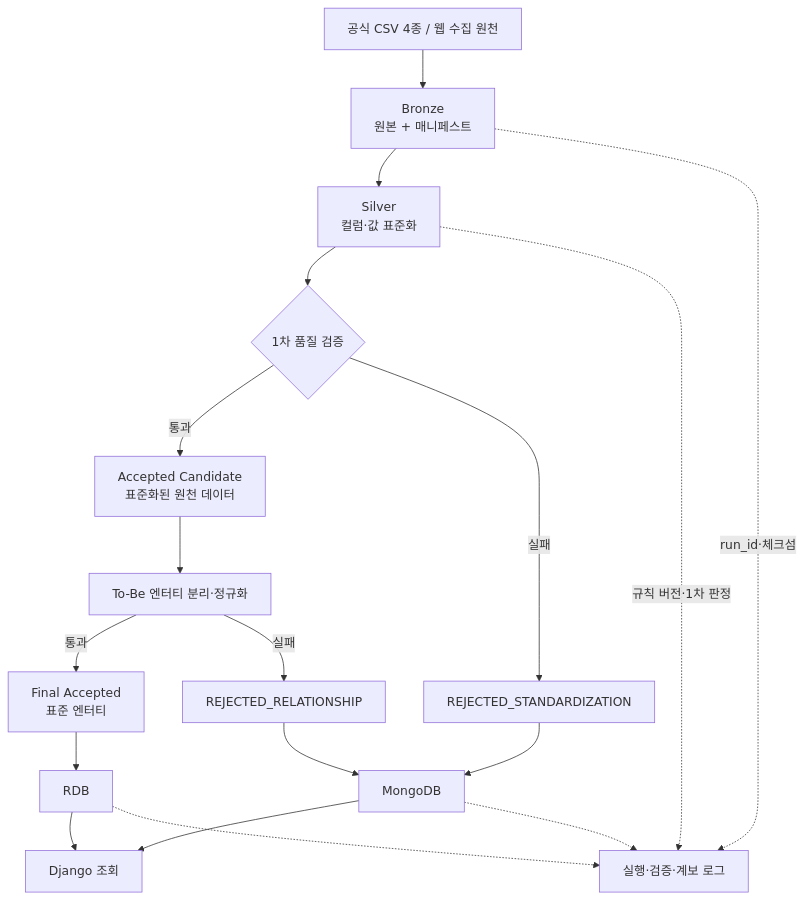
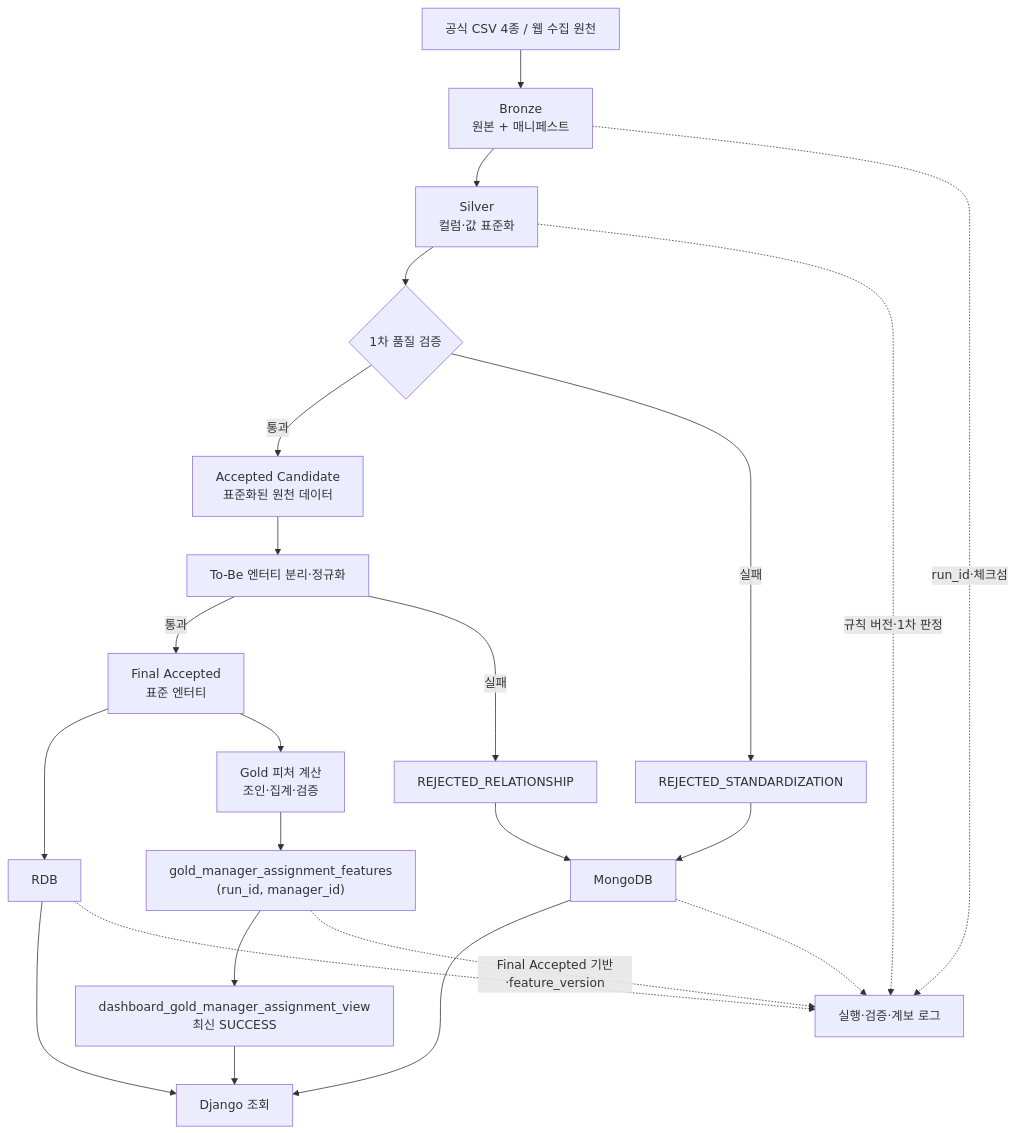
One commit to encore-ai-campus/mlo-01-p2-team1 changed the first of 2 diagrams in docs/prd.md. Above: the diagram before and after it, drawn with Mermaid. The commit also changed other lines of this file and 1 other file, not shown here.

Commit message:
docs: define gold architecture requirements

````diff
--- a/docs/prd.md
+++ b/docs/prd.md
@@ -90,20 +99,25 @@
 ```mermaid
 flowchart TD
     SOURCE["공식 CSV 4종 / 웹 수집 원천"] --> BRONZE["Bronze<br/>원본 + 매니페스트"]
     BRONZE --> STANDARDIZE["Silver<br/>컬럼·값 표준화"]
     STANDARDIZE --> FIRST_GATE{"1차 품질 검증"}
     FIRST_GATE -->|통과| CANDIDATE["Accepted Candidate<br/>표준화된 원천 데이터"]
     FIRST_GATE -->|실패| REJECT_STD["REJECTED_STANDARDIZATION"]
     CANDIDATE --> RELATION_GATE["To-Be 엔터티 분리·정규화"]
     RELATION_GATE -->|통과| FINAL["Final Accepted<br/>표준 엔터티"]
     RELATION_GATE -->|실패| REJECT_REL["REJECTED_RELATIONSHIP"]
     FINAL --> RDB["RDB"]
+    FINAL --> GOLD_BUILD["Gold 피처 계산<br/>조인·집계·검증"]
+    GOLD_BUILD --> GOLD["gold_manager_assignment_features<br/>(run_id, manager_id)"]
+    GOLD --> GOLD_VIEW["dashboard_gold_manager_assignment_view<br/>최신 SUCCESS"]
     REJECT_STD --> MONGO["MongoDB"]
     REJECT_REL --> MONGO
     RDB --> DJANGO["Django 조회"]
+    GOLD_VIEW --> DJANGO
     MONGO --> DJANGO
     BRONZE -. "run_id·체크섬" .-> LINEAGE["실행·검증·계보 로그"]
     STANDARDIZE -. "규칙 버전·1차 판정" .-> LINEAGE
     RDB -.-> LINEAGE
+    GOLD -. "Final Accepted 기반·feature_version" .-> LINEAGE
     MONGO -.-> LINEAGE
 ```
````
